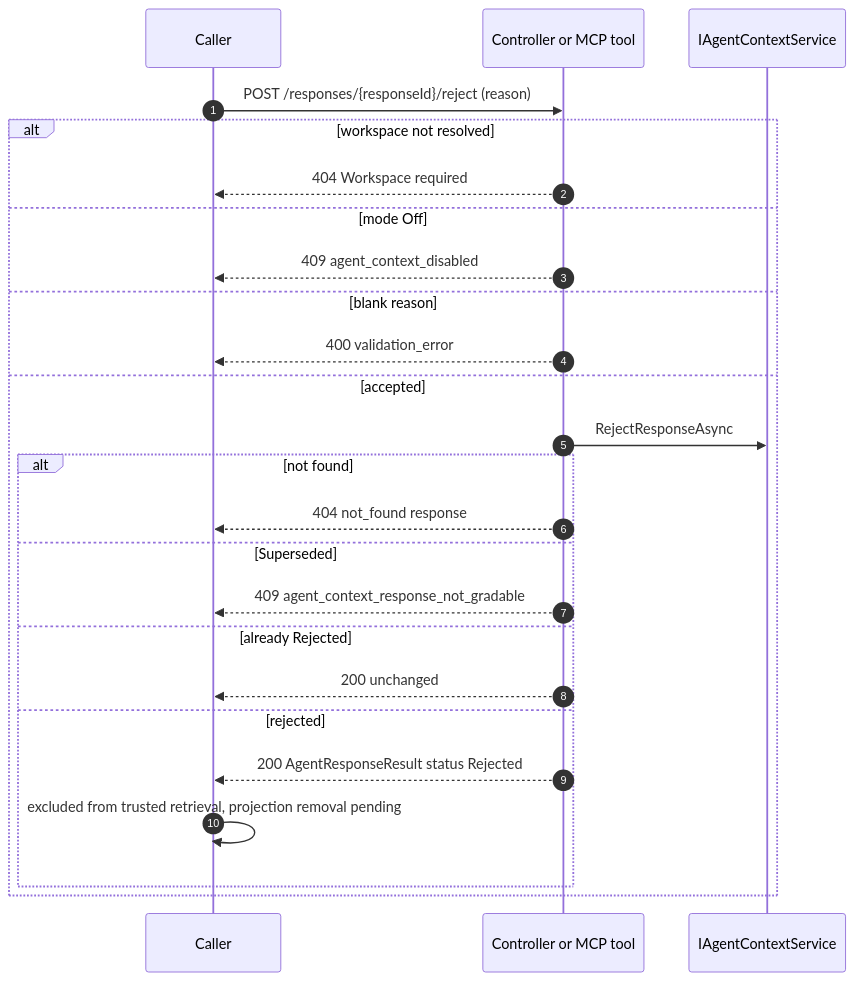
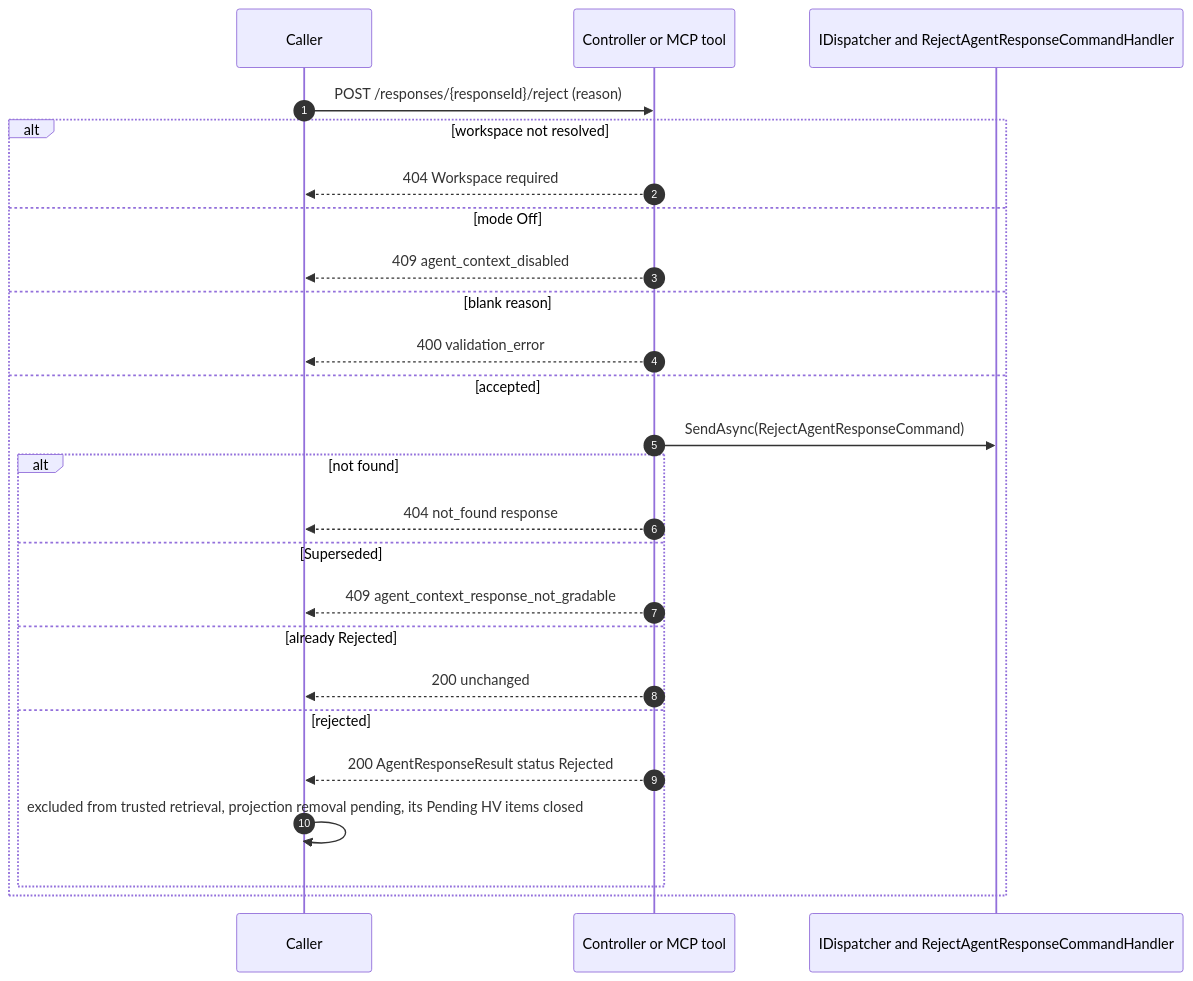
Diagram 37 of 59 in docs/Stateless-Agent-Context-Management.md (sharpninja/McpServer), drawn with Mermaid before and after one commit. The commit also changed other lines of this file and 2 other files, not shown here.

````diff
--- a/docs/Stateless-Agent-Context-Management.md
+++ b/docs/Stateless-Agent-Context-Management.md
@@ -1300,27 +1318,27 @@
 ```mermaid
 sequenceDiagram
     autonumber
     participant Caller
     participant API as Controller or MCP tool
-    participant SVC as IAgentContextService
+    participant SVC as IDispatcher and RejectAgentResponseCommandHandler
     Caller->>API: POST /responses/{responseId}/reject (reason)
     alt workspace not resolved
         API-->>Caller: 404 Workspace required
     else mode Off
         API-->>Caller: 409 agent_context_disabled
     else blank reason
         API-->>Caller: 400 validation_error
     else accepted
-        API->>SVC: RejectResponseAsync
+        API->>SVC: SendAsync(RejectAgentResponseCommand)
         alt not found
             API-->>Caller: 404 not_found response
         else Superseded
             API-->>Caller: 409 agent_context_response_not_gradable
         else already Rejected
             API-->>Caller: 200 unchanged
         else rejected
             API-->>Caller: 200 AgentResponseResult status Rejected
-            Caller->>Caller: excluded from trusted retrieval, projection removal pending
+            Caller->>Caller: excluded from trusted retrieval, projection removal pending, its Pending HV items closed
         end
     end
 ```
````
